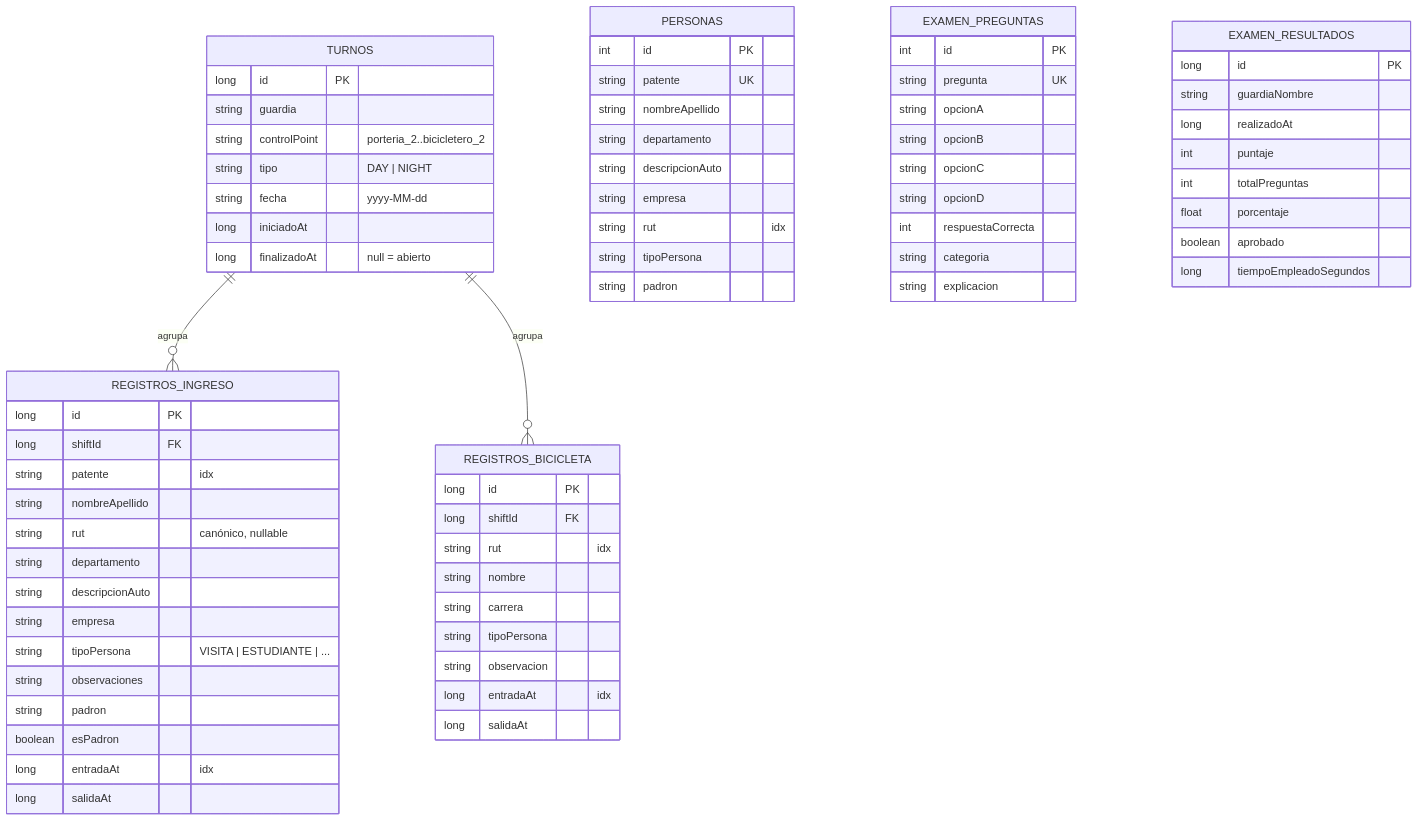
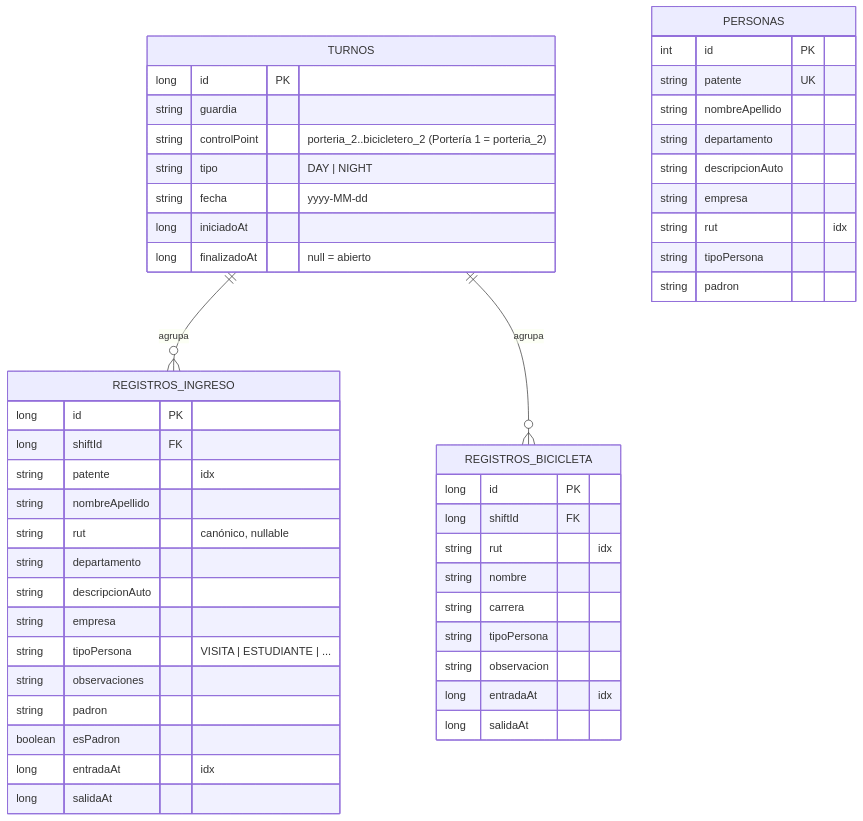
One commit to dur1al/controlate-android changed the third of 3 diagrams in README.md. Above: the diagram before and after it, drawn with Mermaid. The commit also changed other lines of this file and 106 other files, not shown here.

````diff
--- a/README.md
+++ b/README.md
@@ -117,74 +116,53 @@
 ```mermaid
 erDiagram
     TURNOS ||--o{ REGISTROS_INGRESO : "agrupa"
     TURNOS ||--o{ REGISTROS_BICICLETA : "agrupa"
 
     TURNOS {
         long id PK
         string guardia
-        string controlPoint "porteria_2..bicicletero_2"
+        string controlPoint "porteria_2..bicicletero_2 (Portería 1 = porteria_2)"
         string tipo "DAY | NIGHT"
         string fecha "yyyy-MM-dd"
         long iniciadoAt
         long finalizadoAt "null = abierto"
     }
     REGISTROS_INGRESO {
         long id PK
         long shiftId FK
         string patente "idx"
         string nombreApellido
         string rut "canónico, nullable"
         string departamento
         string descripcionAuto
         string empresa
         string tipoPersona "VISITA | ESTUDIANTE | ..."
         string observaciones
         string padron
         boolean esPadron
         long entradaAt "idx"
         long salidaAt
     }
     REGISTROS_BICICLETA {
         long id PK
         long shiftId FK
         string rut "idx"
         string nombre
         string carrera
         string tipoPersona
         string observacion
         long entradaAt "idx"
         long salidaAt
     }
     PERSONAS {
         int id PK
         string patente UK
         string nombreApellido
         string departamento
         string descripcionAuto
         string empresa
         string rut "idx"
         string tipoPersona
         string padron
     }
-    EXAMEN_PREGUNTAS {
-        int id PK
-        string pregunta UK
-        string opcionA
-        string opcionB
-        string opcionC
-        string opcionD
-        int respuestaCorrecta
-        string categoria
-        string explicacion
-    }
-    EXAMEN_RESULTADOS {
-        long id PK
-        string guardiaNombre
-        long realizadoAt
-        int puntaje
-        int totalPreguntas
-        float porcentaje
-        boolean aprobado
-        long tiempoEmpleadoSegundos
-    }
 ```
````
